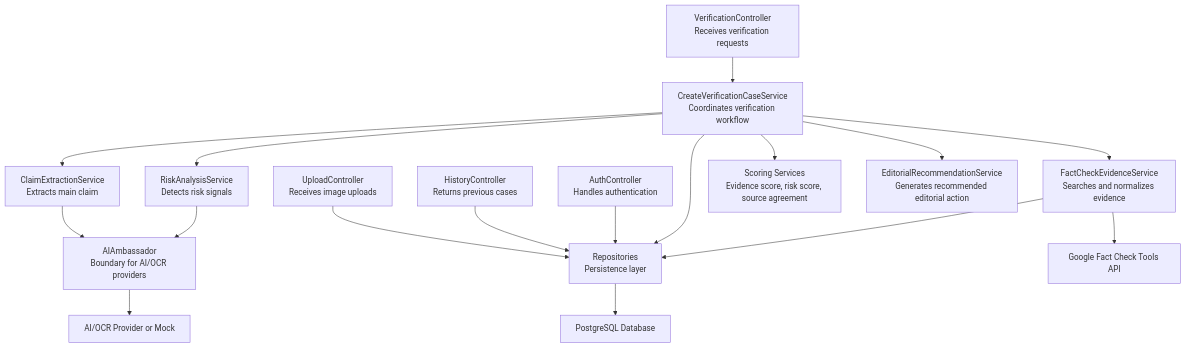
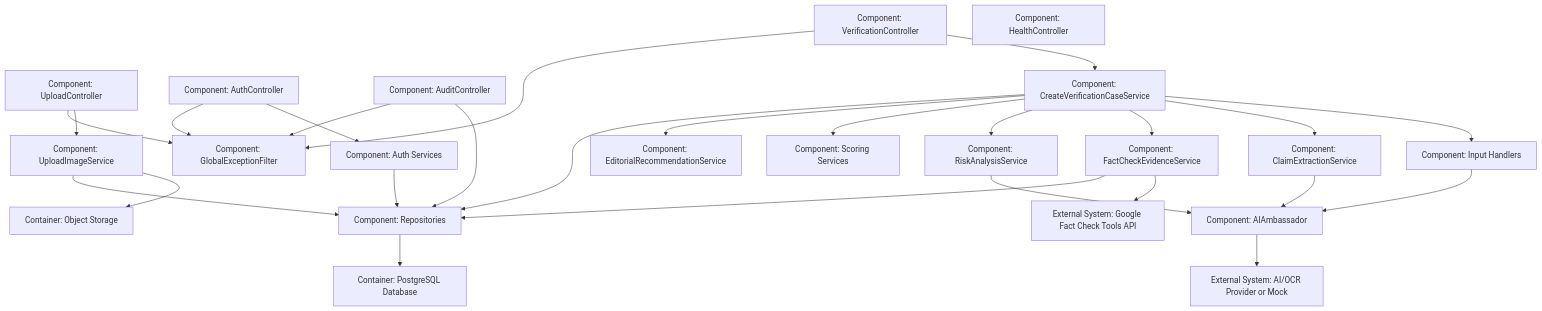
One commit to SantiagoCaldeZ/caso2-ia-detector changed the third of 3 diagrams in README.md. Above: the diagram before and after it, drawn with Mermaid. The commit also changed other lines of this file, not shown here.

````diff
--- a/README.md
+++ b/README.md
@@ -265,41 +2020,57 @@
 ```mermaid
 flowchart TB
-    verificationController["VerificationController<br/>Receives verification requests"]
-    uploadController["UploadController<br/>Receives image uploads"]
-    historyController["HistoryController<br/>Returns previous cases"]
-    authController["AuthController<br/>Handles authentication"]
+    verificationController["Component: VerificationController"]
+    uploadController["Component: UploadController"]
+    authController["Component: AuthController"]
+    auditController["Component: AuditController"]
+    healthController["Component: HealthController"]
 
-    createCaseService["CreateVerificationCaseService<br/>Coordinates verification workflow"]
-    claimService["ClaimExtractionService<br/>Extracts main claim"]
-    evidenceService["FactCheckEvidenceService<br/>Searches and normalizes evidence"]
-    riskService["RiskAnalysisService<br/>Detects risk signals"]
-    scoringServices["Scoring Services<br/>Evidence score, risk score, source agreement"]
-    recommendationService["EditorialRecommendationService<br/>Generates recommended editorial action"]
-    aiAmbassador["AIAmbassador<br/>Boundary for AI/OCR providers"]
-    repositories["Repositories<br/>Persistence layer"]
+    authServices["Component: Auth Services"]
+    uploadService["Component: UploadImageService"]
+    createCaseService["Component: CreateVerificationCaseService"]
+    inputHandlers["Component: Input Handlers"]
+    claimService["Component: ClaimExtractionService"]
+    evidenceService["Component: FactCheckEvidenceService"]
+    riskService["Component: RiskAnalysisService"]
+    scoringServices["Component: Scoring Services"]
+    recommendationService["Component: EditorialRecommendationService"]
+    aiAmbassador["Component: AIAmbassador"]
+    repositories["Component: Repositories"]
+    exceptionFilter["Component: GlobalExceptionFilter"]
 
-    database["PostgreSQL Database"]
-    googleFactCheck["Google Fact Check Tools API"]
-    aiProvider["AI/OCR Provider or Mock"]
+    database["Container: PostgreSQL Database"]
+    factCheck["External System: Google Fact Check Tools API"]
+    aiProvider["External System: AI/OCR Provider or Mock"]
+    storage["Container: Object Storage"]
 
     verificationController --> createCaseService
-    uploadController --> repositories
-    historyController --> repositories
-    authController --> repositories
+    uploadController --> uploadService
+    authController --> authServices
+    auditController --> repositories
 
+    createCaseService --> inputHandlers
     createCaseService --> claimService
     createCaseService --> evidenceService
     createCaseService --> riskService
     createCaseService --> scoringServices
     createCaseService --> recommendationService
     createCaseService --> repositories
 
+    uploadService --> storage
+    uploadService --> repositories
+    authServices --> repositories
+
+    inputHandlers --> aiAmbassador
     claimService --> aiAmbassador
     riskService --> aiAmbassador
     aiAmbassador --> aiProvider
 
-    evidenceService --> googleFactCheck
+    evidenceService --> factCheck
     evidenceService --> repositories
+    repositories --> database
 
-    repositories --> database
+    verificationController --> exceptionFilter
+    uploadController --> exceptionFilter
+    authController --> exceptionFilter
+    auditController --> exceptionFilter
 ```
````
